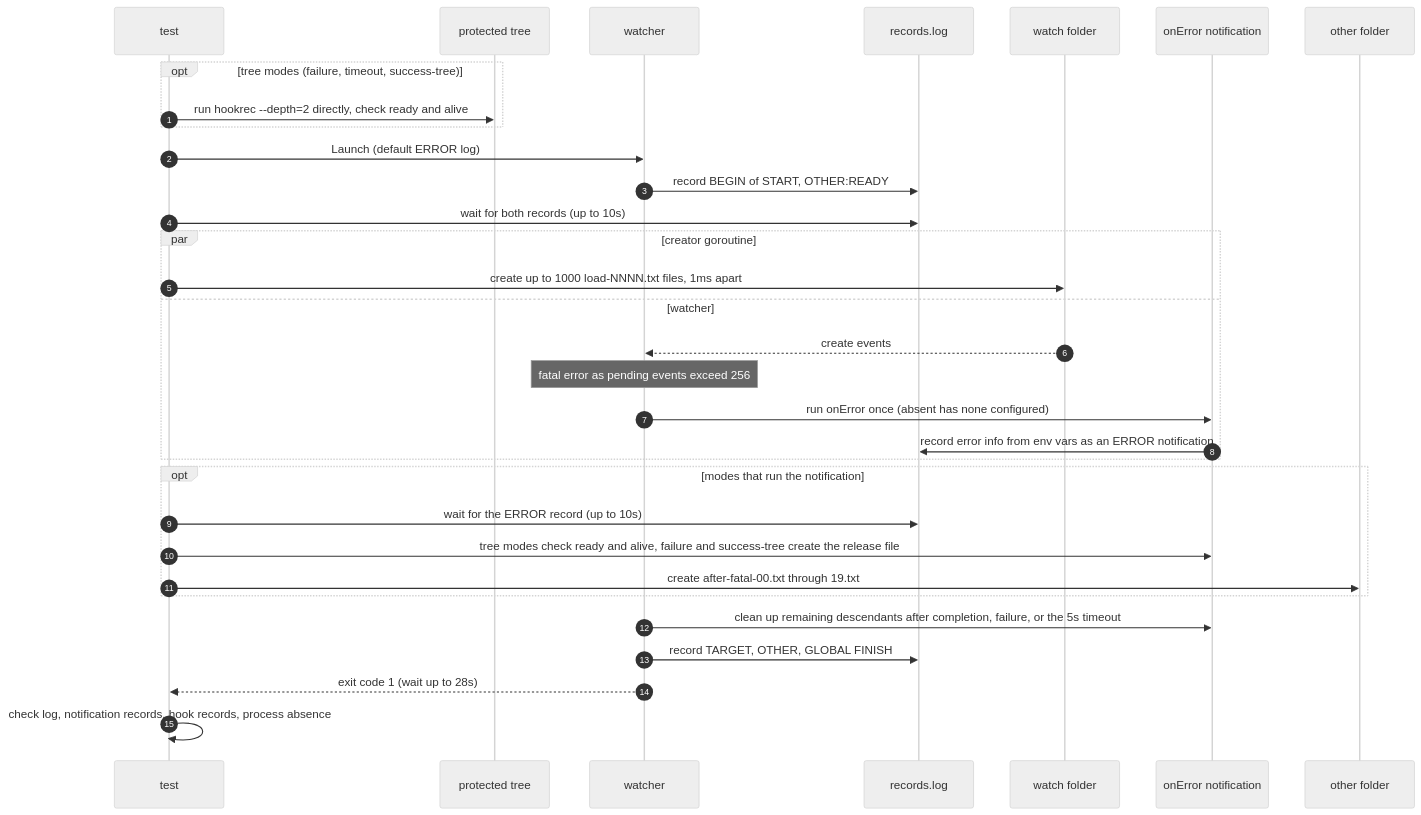
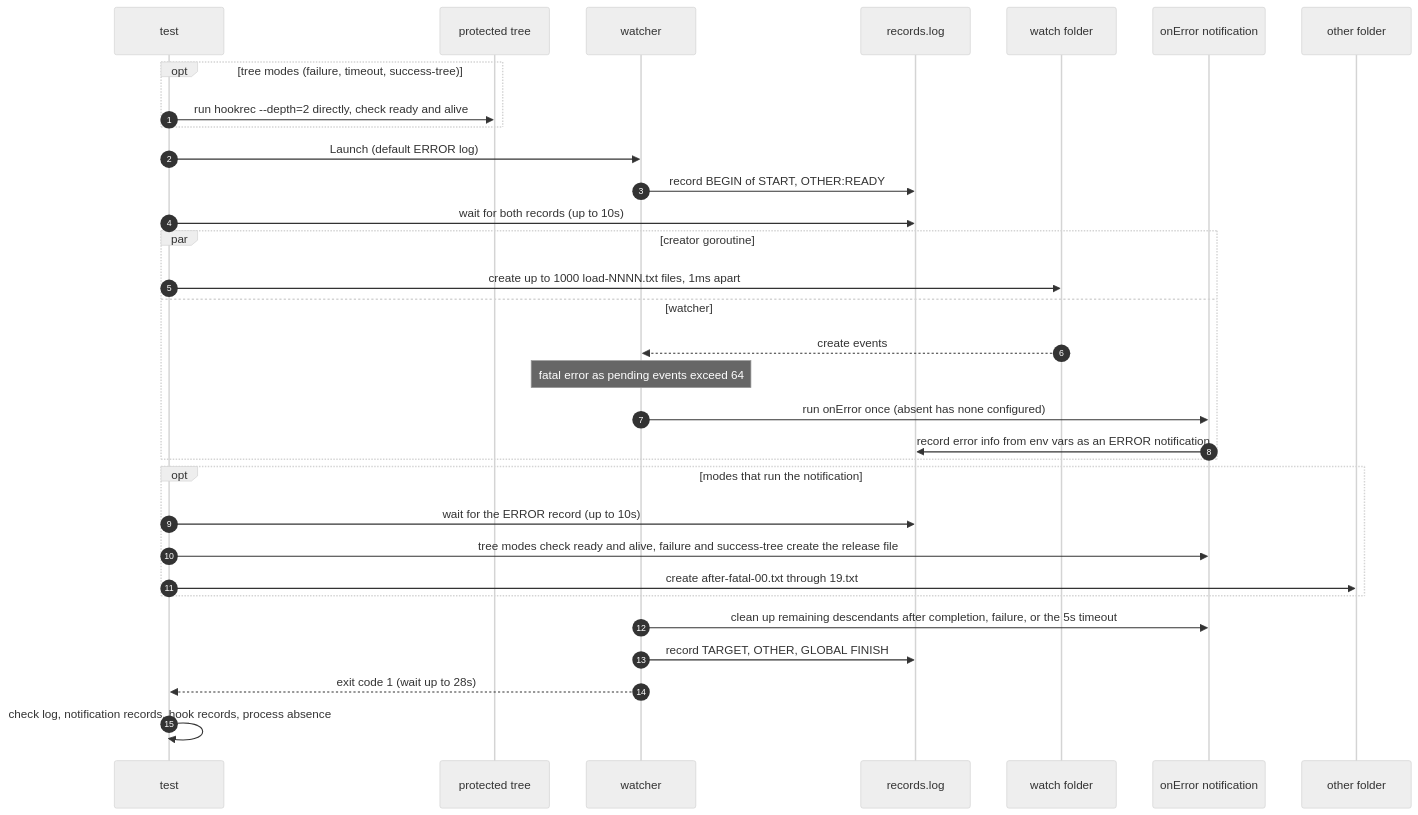
One commit to seungyeop-lee/directory-watcher changed the diagram in e2e/docs/scenarios/event-loss-notification-cli.md. Above: the diagram before and after it, drawn with Mermaid (neutral theme). The commit also changed other lines of this file and 41 other files, not shown here.

````diff
--- a/e2e/docs/scenarios/event-loss-notification-cli.md
+++ b/e2e/docs/scenarios/event-loss-notification-cli.md
@@ -75,34 +75,34 @@
 ```mermaid
 sequenceDiagram
     autonumber
     participant testCode as test
     participant guardTree as protected tree
     participant watcherProc as watcher
     participant recordFile as records.log
     participant watchDir as watch folder
     participant notifyTree as onError notification
     participant otherDir as other folder
     opt tree modes (failure, timeout, success-tree)
         testCode->>guardTree: run hookrec --depth=2 directly, check ready and alive
     end
     testCode->>watcherProc: Launch (default ERROR log)
     watcherProc->>recordFile: record BEGIN of START, OTHER:READY
     testCode->>recordFile: wait for both records (up to 10s)
     par creator goroutine
         testCode->>watchDir: create up to 1000 load-NNNN.txt files, 1ms apart
     and watcher
         watchDir-->>watcherProc: create events
-        Note over watcherProc: fatal error as pending events exceed 256
+        Note over watcherProc: fatal error as pending events exceed 64
         watcherProc->>notifyTree: run onError once (absent has none configured)
         notifyTree->>recordFile: record error info from env vars as an ERROR notification
     end
     opt modes that run the notification
         testCode->>recordFile: wait for the ERROR record (up to 10s)
         testCode->>notifyTree: tree modes check ready and alive, failure and success-tree create the release file
         testCode->>otherDir: create after-fatal-00.txt through 19.txt
     end
     watcherProc->>notifyTree: clean up remaining descendants after completion, failure, or the 5s timeout
     watcherProc->>recordFile: record TARGET, OTHER, GLOBAL FINISH
     watcherProc-->>testCode: exit code 1 (wait up to 28s)
     testCode->>testCode: check log, notification records, hook records, process absence
 ```
````
